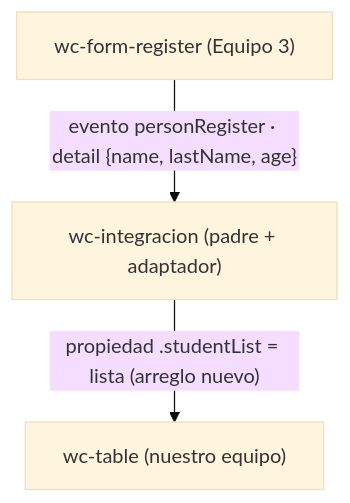
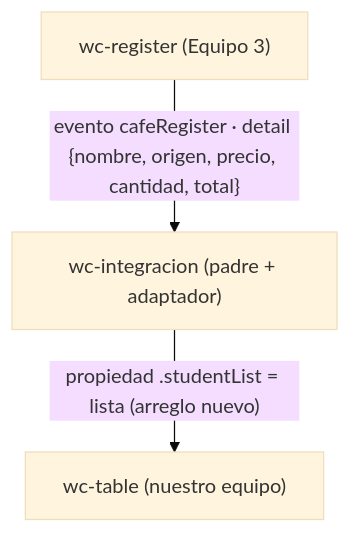
The diagram in src/views/integracion/integracion.md (crismch004-max/app-lit-G2), drawn with Mermaid (base theme) before and after one commit. The commit also changed other lines of this file and 2 other files, not shown here.

Commit message:
Rol 1: copia del formulario del equipo 3 (7ed9e9e) y padre adaptado

````diff
--- a/src/views/integracion/integracion.md
+++ b/src/views/integracion/integracion.md
@@ -22,5 +22,5 @@
 ```mermaid
 flowchart TD
-    F["wc-form-register (Equipo 3)"] -- "evento personRegister · detail {name, lastName, age}" --> P["wc-integracion (padre + adaptador)"]
+    F["wc-register (Equipo 3)"] -- "evento cafeRegister · detail {nombre, origen, precio, cantidad, total}" --> P["wc-integracion (padre + adaptador)"]
     P -- "propiedad .studentList = lista (arreglo nuevo)" --> T["wc-table (nuestro equipo)"]
 ```
````
